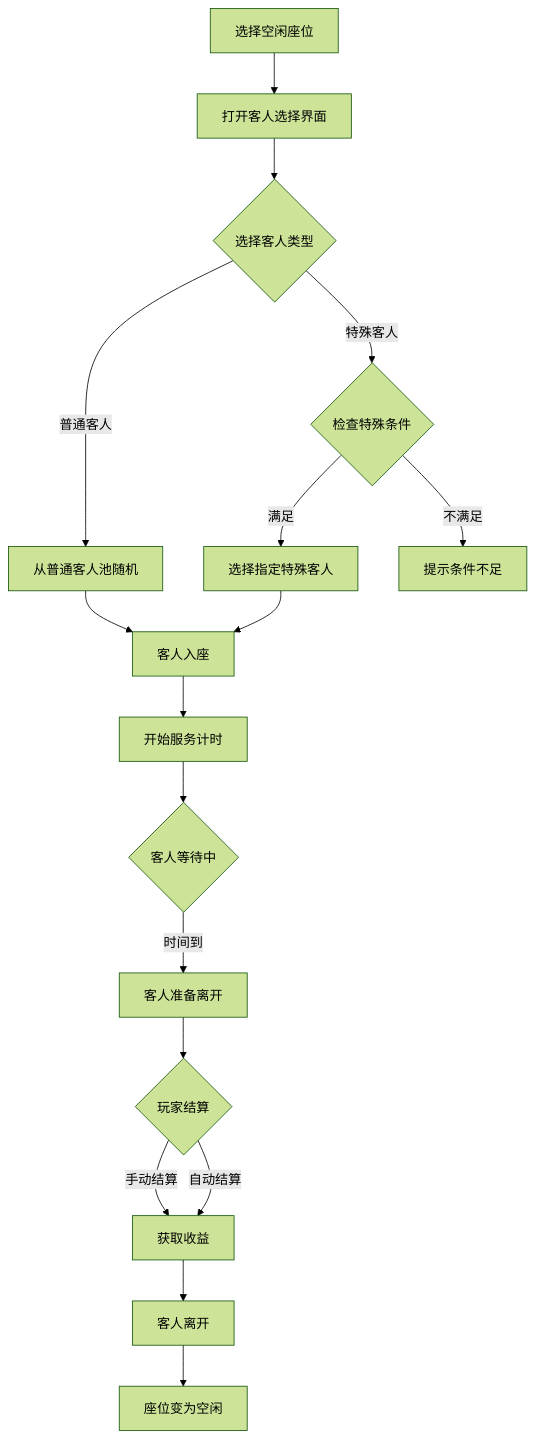
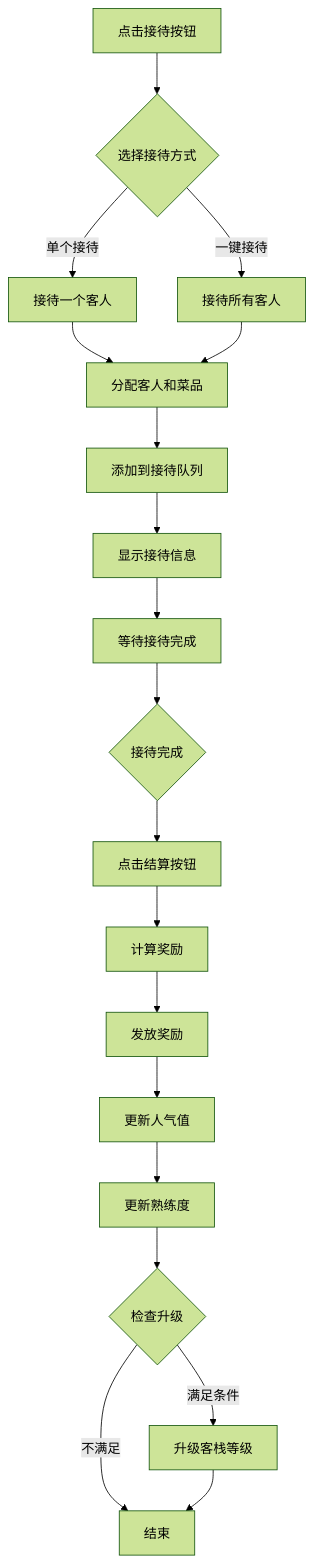
One commit to Alan-Ben/k2c_game_framework changed the first of 5 diagrams in docs/Module_Inn/05_完整说明.md. Above: the diagram before and after it, drawn with Mermaid (forest theme). The commit also changed other lines of this file and 13 other files, not shown here.

````diff
--- a/docs/Module_Inn/05_完整说明.md
+++ b/docs/Module_Inn/05_完整说明.md
@@ -72,19 +72,22 @@
 ```mermaid
 flowchart TD
-    A[选择空闲座位] --> B[打开客人选择界面]
-    B --> C{选择客人类型}
-    C -->|普通客人| D[从普通客人池随机]
-    C -->|特殊客人| E{检查特殊条件}
-    E -->|满足| F[选择指定特殊客人]
-    E -->|不满足| G[提示条件不足]
-    D --> H[客人入座]
-    F --> H
-    H --> I[开始服务计时]
-    I --> J{客人等待中}
-    J -->|时间到| K[客人准备离开]
-    K --> L{玩家结算}
-    L -->|手动结算| M[获取收益]
-    L -->|自动结算| M
-    M --> N[客人离开]
-    N --> O[座位变为空闲]
+    A[点击接待按钮] --> B{选择接待方式}
+    B -->|单个接待| C[接待一个客人]
+    B -->|一键接待| D[接待所有客人]
+    C --> E[分配客人和菜品]
+    D --> E
+    E --> F[添加到接待队列]
+    F --> G[显示接待信息]
+    G --> H[等待接待完成]
+
+    H --> I{接待完成}
+    I --> J[点击结算按钮]
+    J --> K[计算奖励]
+    K --> L[发放奖励]
+    L --> M[更新人气值]
+    M --> N[更新熟练度]
+    N --> O{检查升级}
+    O -->|满足条件| P[升级客栈等级]
+    O -->|不满足| Q[结束]
+    P --> Q
 ```
````
